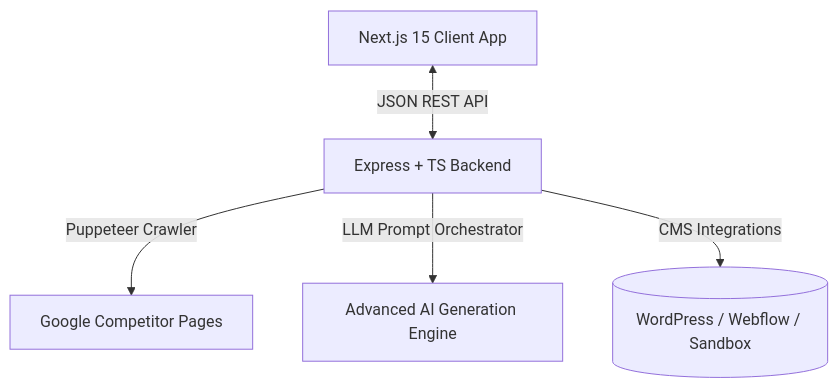
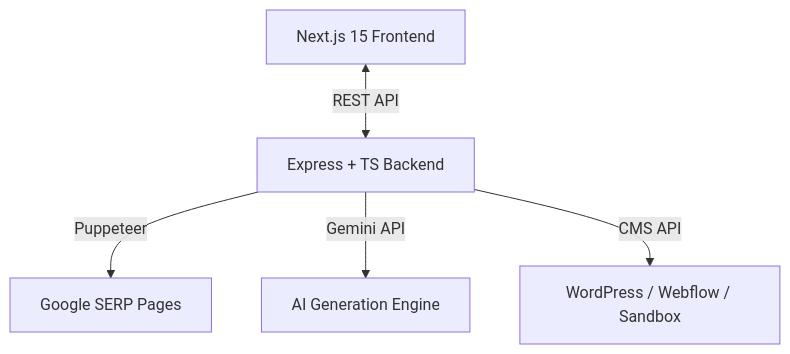
Before and after one commit to serhacelik19-create/agentic-seo: the diagram in README.md, drawn with Mermaid. The commit also changed other lines of this file, not shown here.

````diff
--- a/README.md
+++ b/README.md
@@ -51,7 +11,7 @@
 ```mermaid
 graph TD
-    Client[Next.js 15 Client App] <-->|JSON REST API| Server[Express + TS Backend]
-    Server -->|Puppeteer Crawler| SERP[Google Competitor Pages]
-    Server -->|LLM Prompt Orchestrator| AI[Advanced AI Generation Engine]
-    Server -->|CMS Integrations| CMS[(WordPress / Webflow / Sandbox)]
+    Client["Next.js 15 Frontend"] <-->|"REST API"| Server["Express + TS Backend"]
+    Server -->|Puppeteer| SERP["Google SERP Pages"]
+    Server -->|Gemini API| AI["AI Generation Engine"]
+    Server -->|CMS API| CMS["WordPress / Webflow / Sandbox"]
 ```
````
